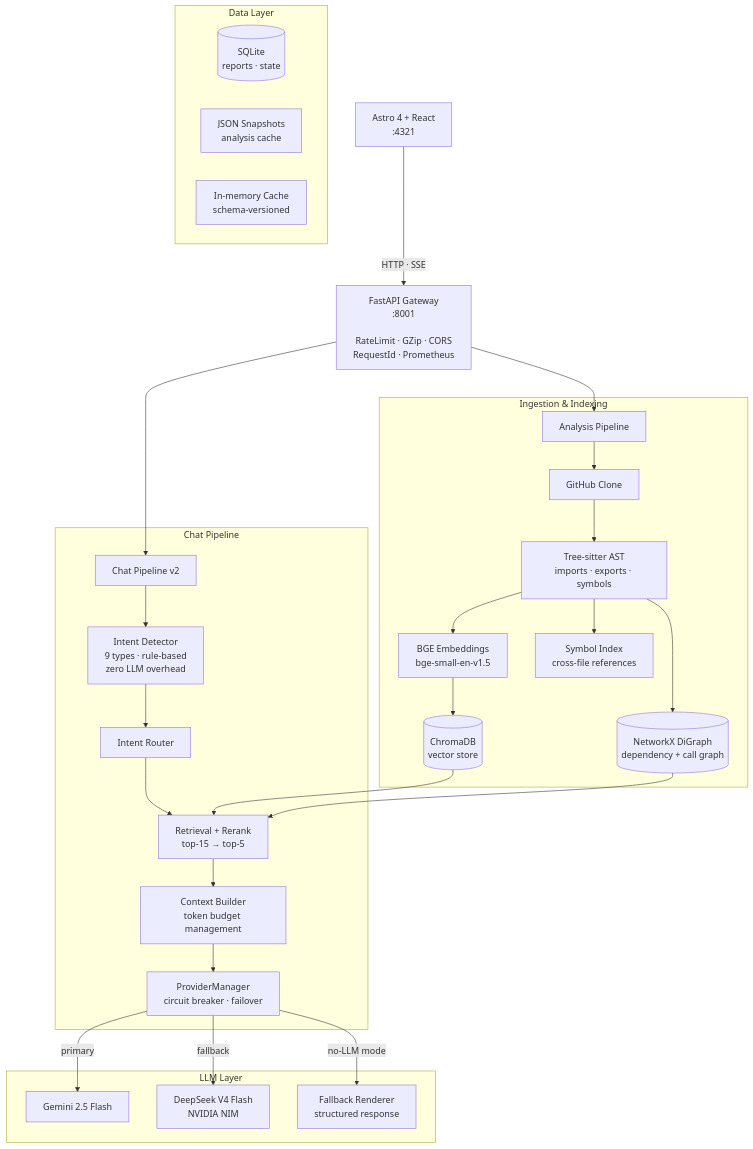
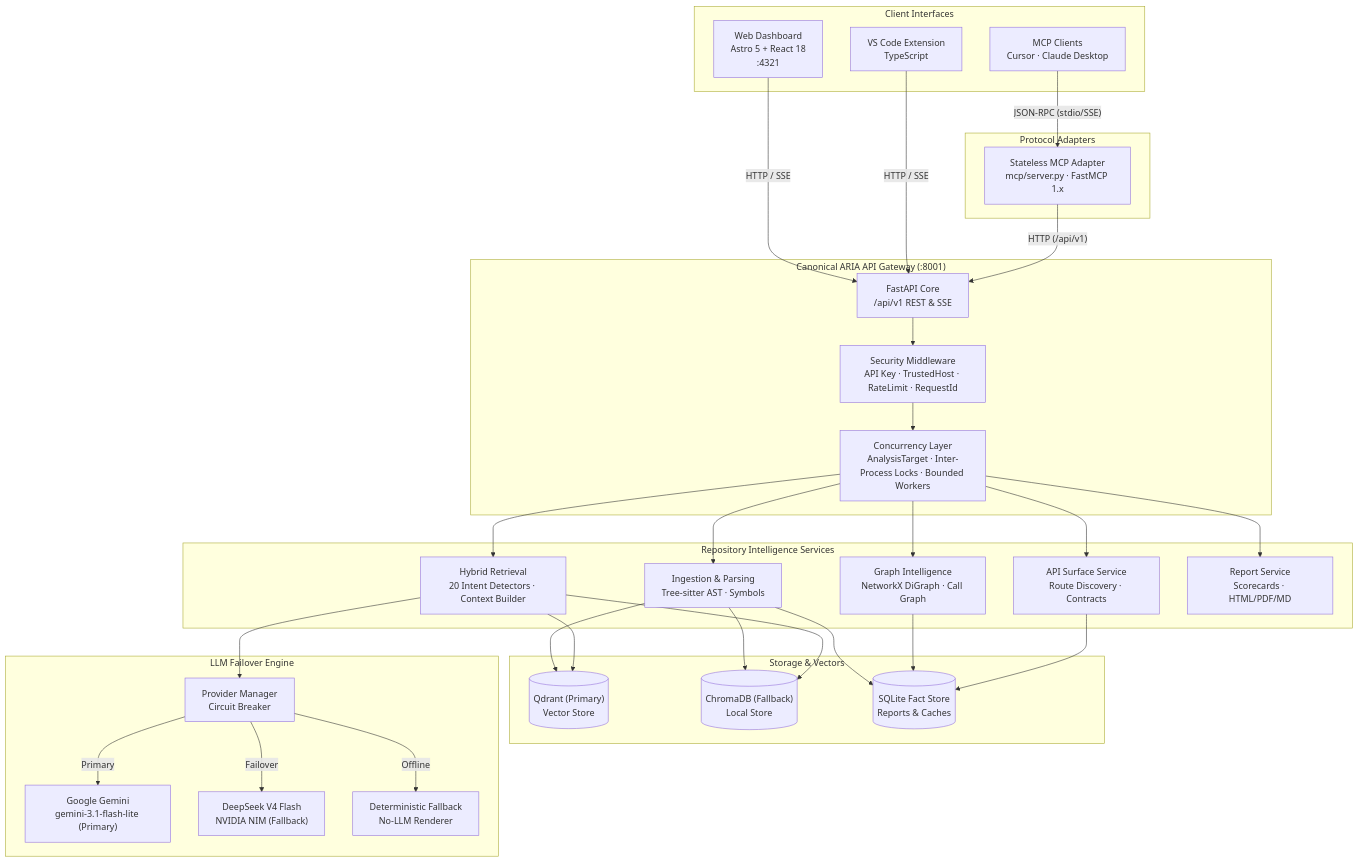
The diagram in README.md (VarshithReddy2006/ARIA), drawn with Mermaid before and after one commit. The commit also changed other lines of this file and 22 other files, not shown here.

Commit message:
feat: decouple MCP and harden repository analysis

````diff
--- a/README.md
+++ b/README.md
@@ -537,41 +283,65 @@
 ```mermaid
 flowchart TD
-    A["Astro 4 + React\n:4321"] -->|"HTTP · SSE"| B["FastAPI Gateway\n:8001\n\nRateLimit · GZip · CORS\nRequestId · Prometheus"]
-
-    B --> C["Analysis Pipeline"]
-    B --> D["Chat Pipeline v2"]
-
-    subgraph ingestion["Ingestion & Indexing"]
-        C --> C1["GitHub Clone"]
-        C1 --> C2["Tree-sitter AST\nimports · exports · symbols"]
-        C2 --> C3["BGE Embeddings\nbge-small-en-v1.5"]
-        C3 --> C4[("ChromaDB\nvector store")]
-        C2 --> C5[("NetworkX DiGraph\ndependency + call graph")]
-        C2 --> C6["Symbol Index\ncross-file references"]
+    subgraph clients["Client Interfaces"]
+        W["Web Dashboard\nAstro 5 + React 18\n:4321"]
+        V["VS Code Extension\nTypeScript"]
+        M["MCP Clients\nCursor · Claude Desktop"]
     end
 
-    subgraph chat["Chat Pipeline"]
-        D --> D1["Intent Detector\n9 types · rule-based\nzero LLM overhead"]
-        D1 --> D2["Intent Router"]
-        D2 --> D3["Retrieval + Rerank\ntop-15 → top-5"]
-        D3 --> D4["Context Builder\ntoken budget management"]
-        D4 --> D5["ProviderManager\ncircuit breaker · failover"]
+    subgraph adapter["Protocol Adapters"]
+        MA["Stateless MCP Adapter\nmcp/server.py · FastMCP 1.x"]
     end
 
-    subgraph llm["LLM Layer"]
-        D5 -->|"primary"| L1["Gemini 2.5 Flash"]
-        D5 -->|"fallback"| L2["DeepSeek V4 Flash\nNVIDIA NIM"]
-        D5 -->|"no-LLM mode"| L3["Fallback Renderer\nstructured response"]
+    subgraph api["Canonical ARIA API Gateway (:8001)"]
+        GW["FastAPI Core\n/api/v1 REST & SSE"]
+        MW["Security Middleware\nAPI Key · TrustedHost · RateLimit · RequestId"]
+        CONC["Concurrency Layer\nAnalysisTarget · Inter-Process Locks · Bounded Workers"]
     end
 
-    subgraph storage["Data Layer"]
-        C4
-        C5
-        DB1[("SQLite\nreports · state")]
-        DB2["JSON Snapshots\nanalysis cache"]
-        CA["In-memory Cache\nschema-versioned"]
+    subgraph services["Repository Intelligence Services"]
+        ING["Ingestion & Parsing\nTree-sitter AST · Symbols"]
+        GRP["Graph Intelligence\nNetworkX DiGraph · Call Graph"]
+        API_SRV["API Surface Service\nRoute Discovery · Contracts"]
+        RET["Hybrid Retrieval\n20 Intent Detectors · Context Builder"]
+        REP["Report Service\nScorecards · HTML/PDF/MD"]
     end
 
-    C4 --> D3
-    C5 --> D3
+    subgraph storage["Storage & Vectors"]
+        QD[("Qdrant (Primary)\nVector Store")]
+        CH[("ChromaDB (Fallback)\nLocal Store")]
+        SQL[("SQLite Fact Store\nReports & Caches")]
+    end
+
+    subgraph llm["LLM Failover Engine"]
+        PM["Provider Manager\nCircuit Breaker"]
+        GEM["Google Gemini\ngemini-3.1-flash-lite (Primary)"]
+        DS["DeepSeek V4 Flash\nNVIDIA NIM (Fallback)"]
+        FB["Deterministic Fallback\nNo-LLM Renderer"]
+    end
+
+    W -->|"HTTP / SSE"| GW
+    V -->|"HTTP / SSE"| GW
+    M -->|"JSON-RPC (stdio/SSE)"| MA
+    MA -->|"HTTP (/api/v1)"| GW
+
+    GW --> MW --> CONC
+    CONC --> ING
+    CONC --> GRP
+    CONC --> API_SRV
+    CONC --> RET
+    CONC --> REP
+
+    ING --> QD
+    ING --> CH
+    ING --> SQL
+    GRP --> SQL
+    API_SRV --> SQL
+
+    RET --> QD
+    RET --> CH
+    RET --> PM
+
+    PM -->|"Primary"| GEM
+    PM -->|"Failover"| DS
+    PM -->|"Offline"| FB
 ```
````
